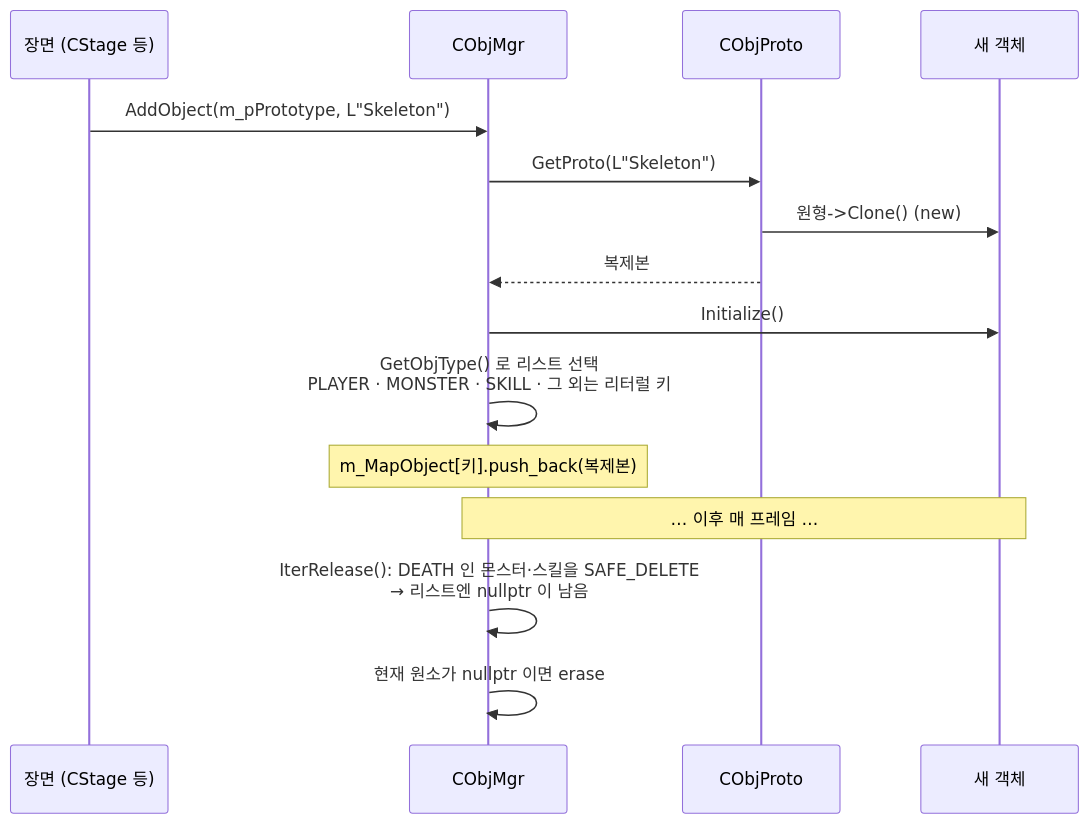
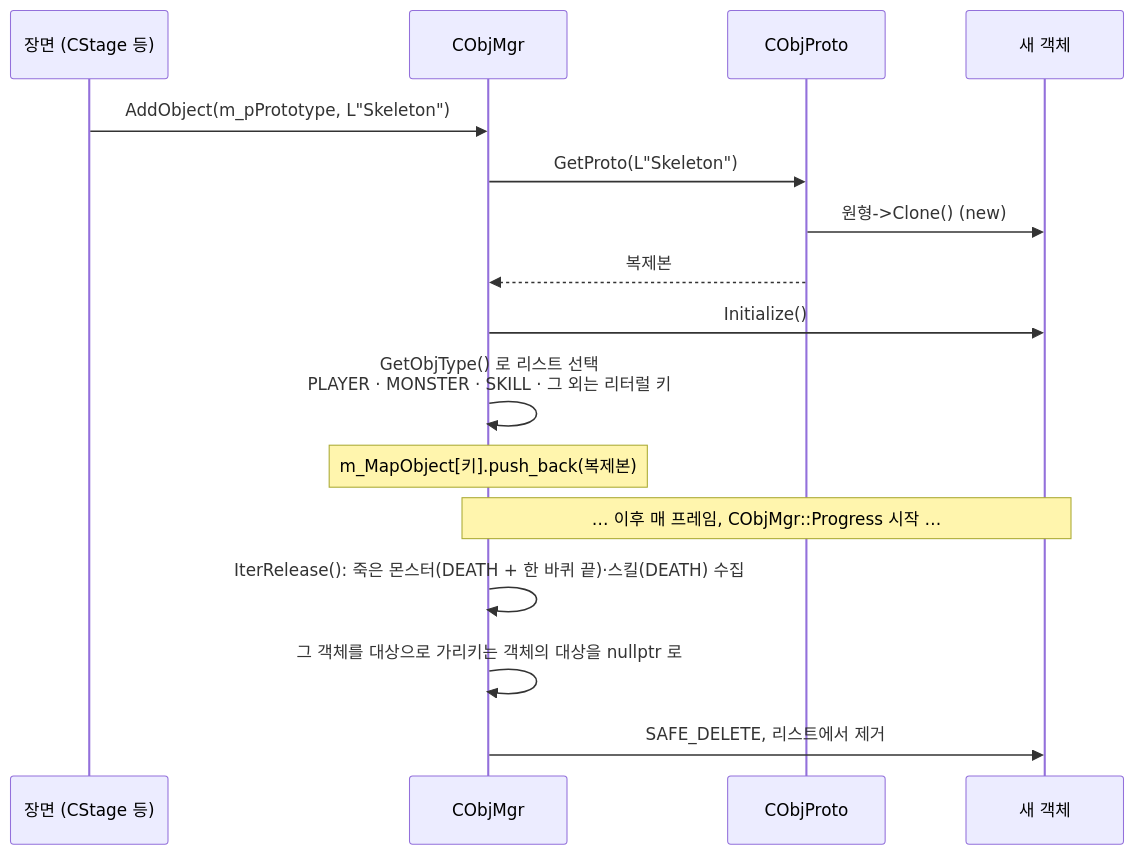
One commit to Ryujaehyeon/Portfolio changed the eighth of 10 diagrams in docs/ARCHITECTURE.md. Above: the diagram before and after it, drawn with Mermaid. The commit also changed other lines of this file and 2 other files, not shown here.

````diff
--- a/docs/ARCHITECTURE.md
+++ b/docs/ARCHITECTURE.md
@@ -257,19 +259,20 @@
 ```mermaid
 sequenceDiagram
     participant Sc as 장면 (CStage 등)
     participant O as CObjMgr
     participant P as CObjProto
     participant N as 새 객체
 
     Sc->>O: AddObject(m_pPrototype, L"Skeleton")
     O->>P: GetProto(L"Skeleton")
     P->>N: 원형->Clone()  (new)
     P-->>O: 복제본
     O->>N: Initialize()
     O->>O: GetObjType() 로 리스트 선택<br/>PLAYER · MONSTER · SKILL · 그 외는 리터럴 키
     Note over O: m_MapObject[키].push_back(복제본)
 
-    Note over O,N: … 이후 매 프레임 …
-    O->>O: IterRelease(): DEATH 인 몬스터·스킬을 SAFE_DELETE<br/>→ 리스트엔 nullptr 이 남음
-    O->>O: 현재 원소가 nullptr 이면 erase
+    Note over O,N: … 이후 매 프레임, CObjMgr::Progress 시작 …
+    O->>O: IterRelease(): 죽은 몬스터(DEATH + 한 바퀴 끝)·스킬(DEATH) 수집
+    O->>O: 그 객체를 대상으로 가리키는 객체의 대상을 nullptr 로
+    O->>N: SAFE_DELETE, 리스트에서 제거
 ```
````
